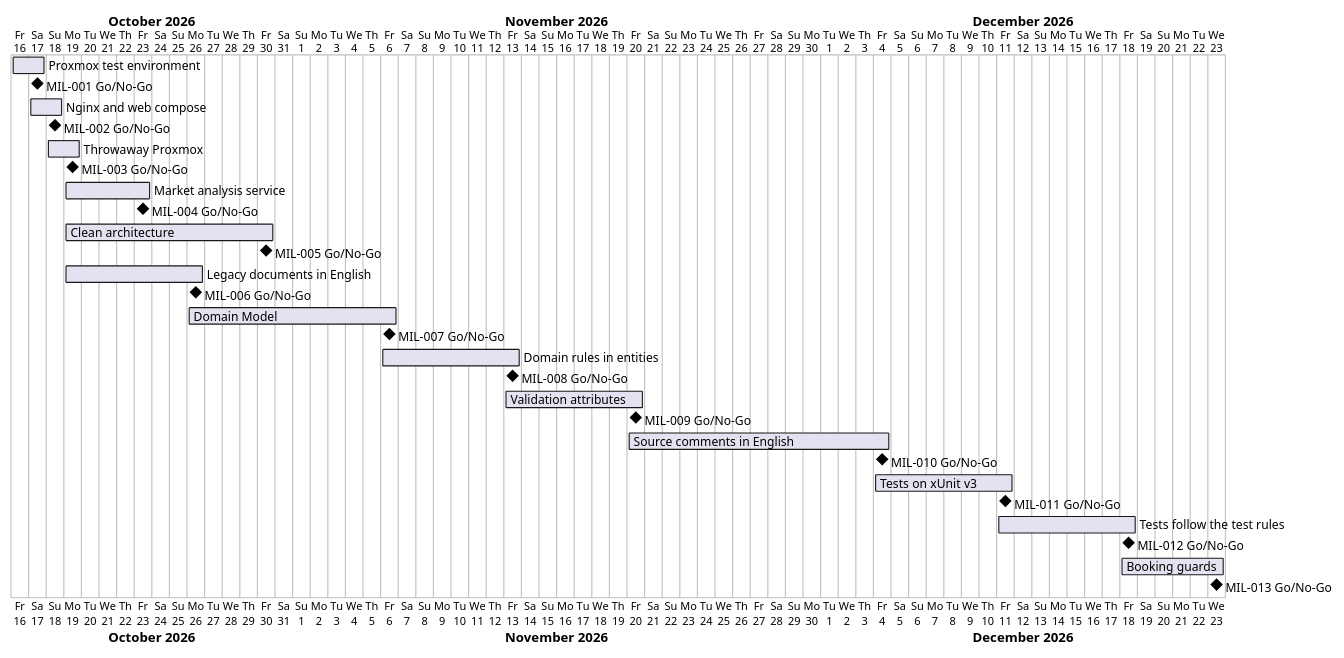
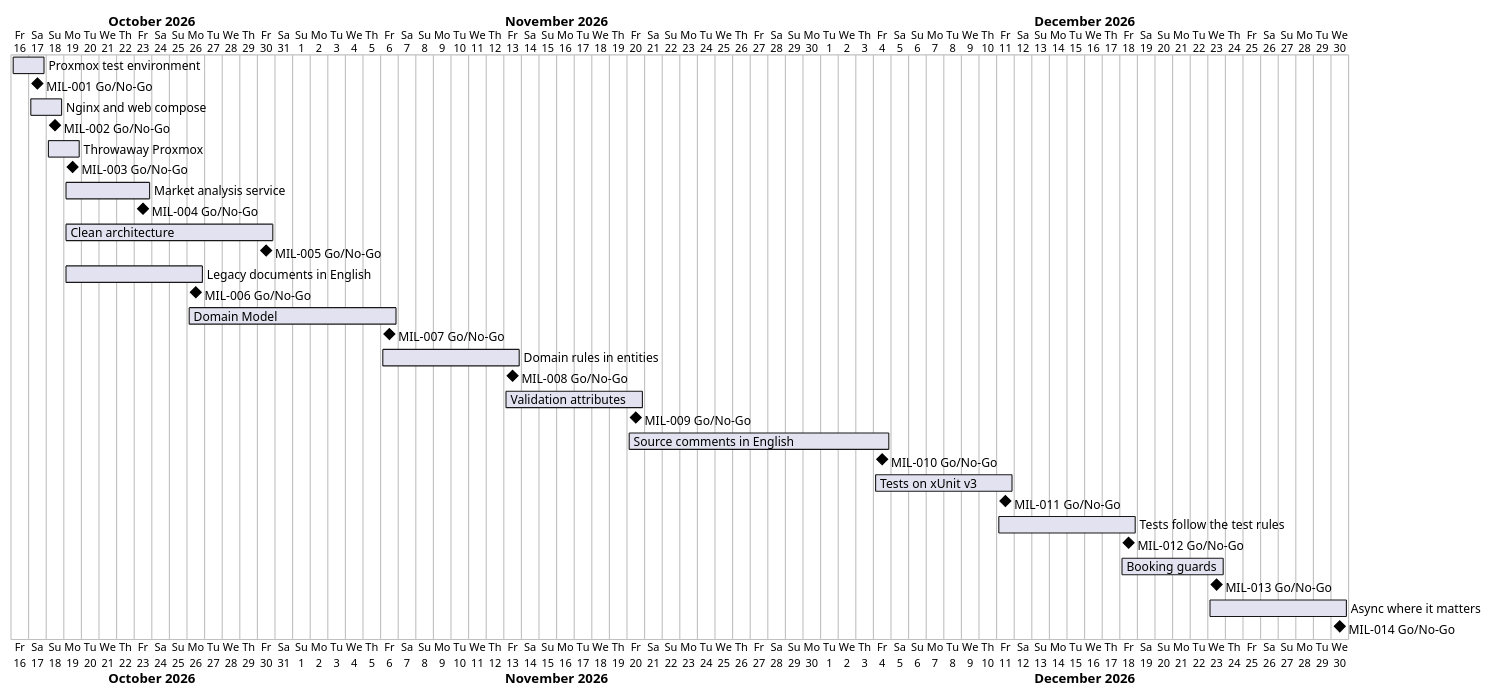
Before and after one commit to NF-Hotel/NFHotel: the diagram in docs/project-plan.md, drawn with PlantUML. The commit also changed other lines of this file and 5 other files, not shown here.

First line of the commit message:
Accept the async milestone (MIL-014)

````diff
--- a/docs/project-plan.md
+++ b/docs/project-plan.md
@@ -52,31 +54,33 @@
 ```plantuml
 @startgantt
 Project starts 2026-10-16
 [Proxmox test environment] starts 2026-10-16 and ends 2026-10-17
 [MIL-001 Go/No-Go] happens 2026-10-17
 [Nginx and web compose] starts 2026-10-17 and ends 2026-10-18
 [MIL-002 Go/No-Go] happens 2026-10-18
 [Throwaway Proxmox] starts 2026-10-18 and ends 2026-10-19
 [MIL-003 Go/No-Go] happens 2026-10-19
 [Market analysis service] starts 2026-10-19 and ends 2026-10-23
 [MIL-004 Go/No-Go] happens 2026-10-23
 [Clean architecture] starts 2026-10-19 and ends 2026-10-30
 [MIL-005 Go/No-Go] happens 2026-10-30
 [Legacy documents in English] starts 2026-10-19 and ends 2026-10-26
 [MIL-006 Go/No-Go] happens 2026-10-26
 [Domain Model] starts 2026-10-26 and ends 2026-11-06
 [MIL-007 Go/No-Go] happens 2026-11-06
 [Domain rules in entities] starts 2026-11-06 and ends 2026-11-13
 [MIL-008 Go/No-Go] happens 2026-11-13
 [Validation attributes] starts 2026-11-13 and ends 2026-11-20
 [MIL-009 Go/No-Go] happens 2026-11-20
 [Source comments in English] starts 2026-11-20 and ends 2026-12-04
 [MIL-010 Go/No-Go] happens 2026-12-04
 [Tests on xUnit v3] starts 2026-12-04 and ends 2026-12-11
 [MIL-011 Go/No-Go] happens 2026-12-11
 [Tests follow the test rules] starts 2026-12-11 and ends 2026-12-18
 [MIL-012 Go/No-Go] happens 2026-12-18
 [Booking guards] starts 2026-12-18 and ends 2026-12-23
 [MIL-013 Go/No-Go] happens 2026-12-23
+[Async where it matters] starts 2026-12-23 and ends 2026-12-30
+[MIL-014 Go/No-Go] happens 2026-12-30
 @endgantt
 ```
````
